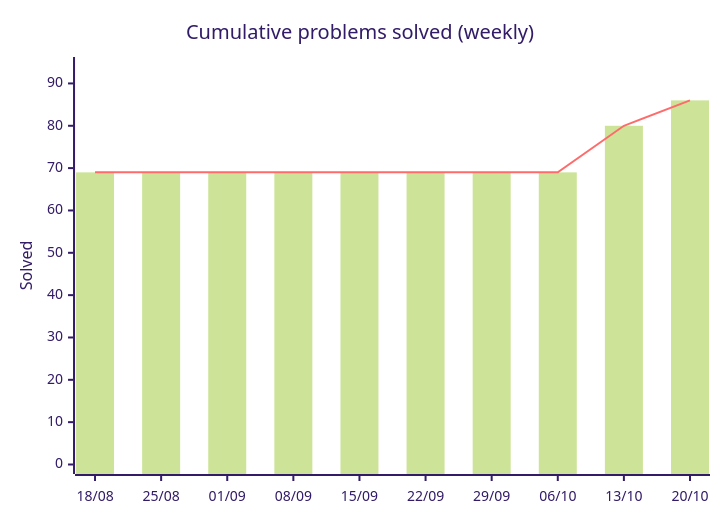
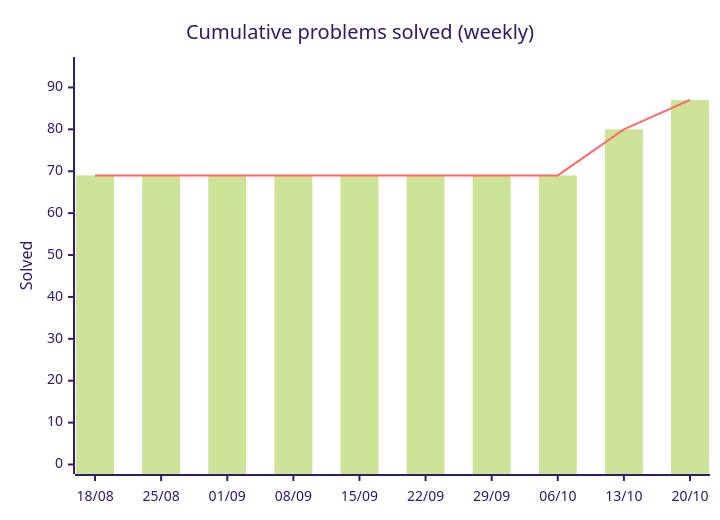
Before and after one commit to HarryTrn/TensorTonic-Solutions: the first of 2 diagrams in README.md, drawn with Mermaid (forest theme). The commit also changed other lines of this file, not shown here.

````diff
--- a/README.md
+++ b/README.md
@@ -65,8 +65,8 @@
 ```mermaid
 xychart-beta
     title "Cumulative problems solved (weekly)"
     x-axis ["18/08", "25/08", "01/09", "08/09", "15/09", "22/09", "29/09", "06/10", "13/10", "20/10"]
-    y-axis "Solved" 0 --> 94
-    bar [69, 69, 69, 69, 69, 69, 69, 69, 80, 86]
-    line [69, 69, 69, 69, 69, 69, 69, 69, 80, 86]
+    y-axis "Solved" 0 --> 95
+    bar [69, 69, 69, 69, 69, 69, 69, 69, 80, 87]
+    line [69, 69, 69, 69, 69, 69, 69, 69, 80, 87]
 ```
````
